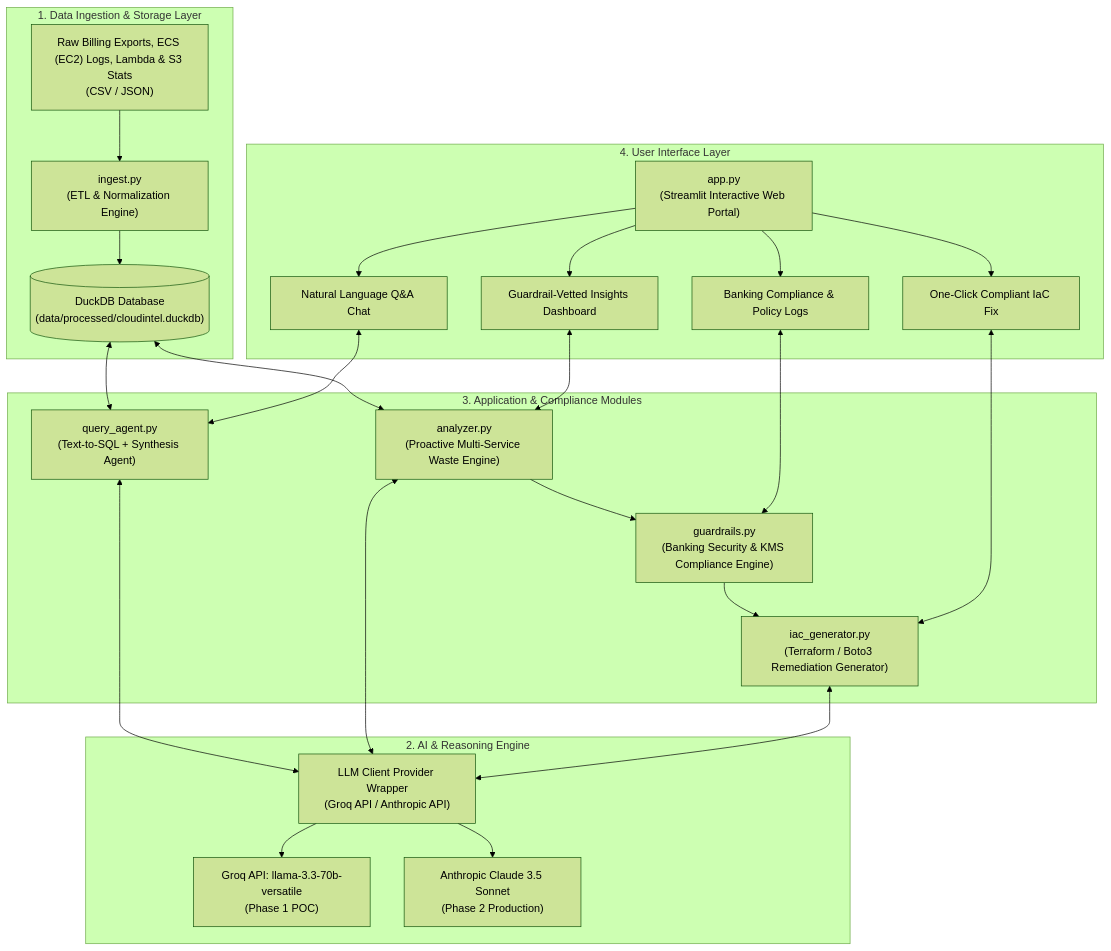
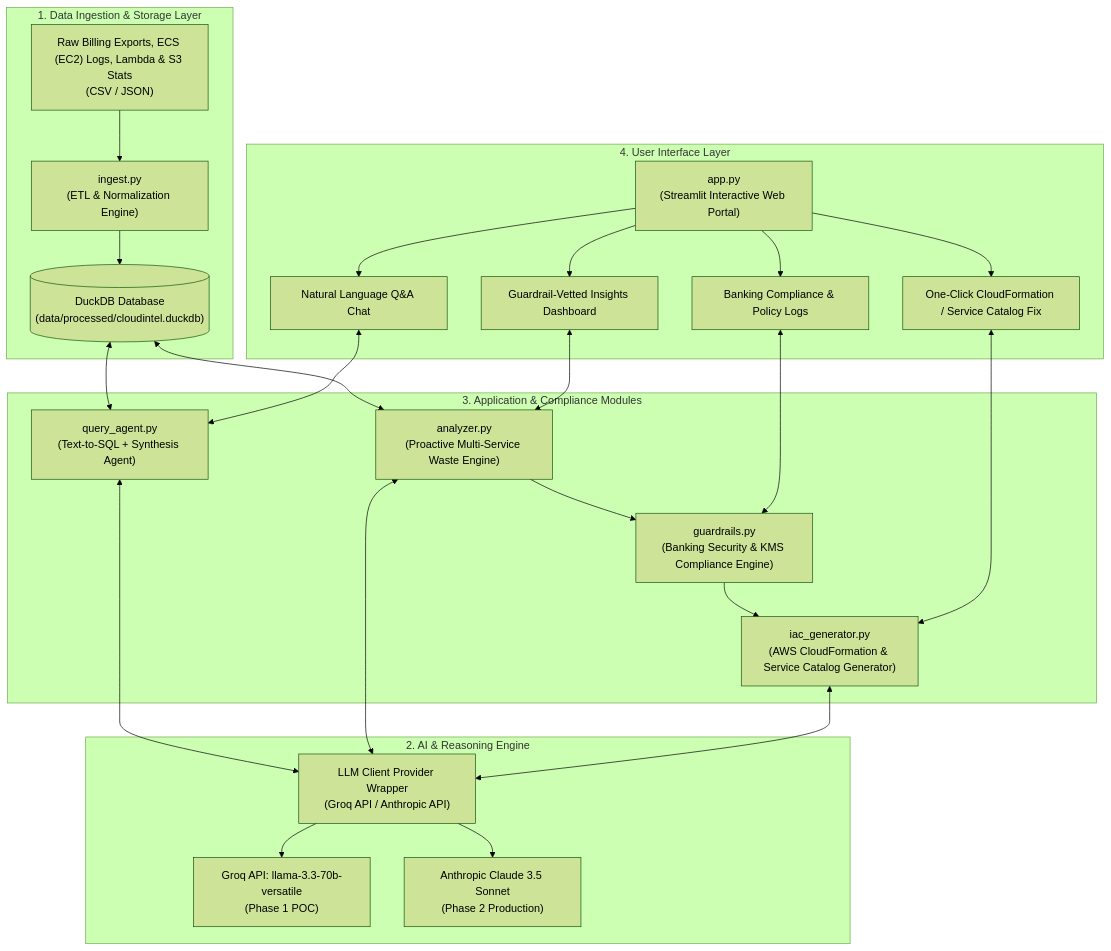
One commit to bdakshina/ai-aws-cost changed the first of 2 diagrams in docs/ARCHITECTURE.md. Above: the diagram before and after it, drawn with Mermaid (forest theme). The commit also changed other lines of this file and 1 other file, not shown here.

Commit message:
docs: remove badges and standardize IaC on CloudFormation and Service Catalog

````diff
--- a/docs/ARCHITECTURE.md
+++ b/docs/ARCHITECTURE.md
@@ -32,50 +32,50 @@
 ```mermaid
 flowchart TB
     subgraph Data_Layer ["1. Data Ingestion & Storage Layer"]
         RawData["Raw Billing Exports, ECS (EC2) Logs, Lambda & S3 Stats\n(CSV / JSON)"] --> IngestEngine["ingest.py\n(ETL & Normalization Engine)"]
         IngestEngine --> DuckDB[("DuckDB Database\n(data/processed/cloudintel.duckdb)")]
     end
 
     subgraph LLM_Layer ["2. AI & Reasoning Engine"]
         LLMWrapper["LLM Client Provider Wrapper\n(Groq API / Anthropic API)"]
         GroqModel["Groq API: llama-3.3-70b-versatile\n(Phase 1 POC)"]
         ClaudeModel["Anthropic Claude 3.5 Sonnet\n(Phase 2 Production)"]
         LLMWrapper --> GroqModel
         LLMWrapper --> ClaudeModel
     end
 
     subgraph Agent_Layer ["3. Application & Compliance Modules"]
         QueryAgent["query_agent.py\n(Text-to-SQL + Synthesis Agent)"]
         WasteAnalyzer["analyzer.py\n(Proactive Multi-Service Waste Engine)"]
         GuardrailsEngine["guardrails.py\n(Banking Security & KMS Compliance Engine)"]
-        IaCGenerator["iac_generator.py\n(Terraform / Boto3 Remediation Generator)"]
+        IaCGenerator["iac_generator.py\n(AWS CloudFormation & Service Catalog Generator)"]
         
         WasteAnalyzer --> GuardrailsEngine
     end
 
     subgraph UI_Layer ["4. User Interface Layer"]
         StreamlitUI["app.py\n(Streamlit Interactive Web Portal)"]
         ChatInterface["Natural Language Q&A Chat"]
         Dashboard["Guardrail-Vetted Insights Dashboard"]
         ComplianceBadge["Banking Compliance & Policy Logs"]
-        RemediationUI["One-Click Compliant IaC Fix"]
+        RemediationUI["One-Click CloudFormation / Service Catalog Fix"]
         
         StreamlitUI --> ChatInterface
         StreamlitUI --> Dashboard
         StreamlitUI --> ComplianceBadge
         StreamlitUI --> RemediationUI
     end
 
     %% Data Flow Connections
     DuckDB <--> QueryAgent
     DuckDB <--> WasteAnalyzer
     QueryAgent <--> LLMWrapper
     WasteAnalyzer <--> LLMWrapper
     GuardrailsEngine --> IaCGenerator
     IaCGenerator <--> LLMWrapper
 
     ChatInterface <--> QueryAgent
     Dashboard <--> WasteAnalyzer
     ComplianceBadge <--> GuardrailsEngine
     RemediationUI <--> IaCGenerator
 ```
````
